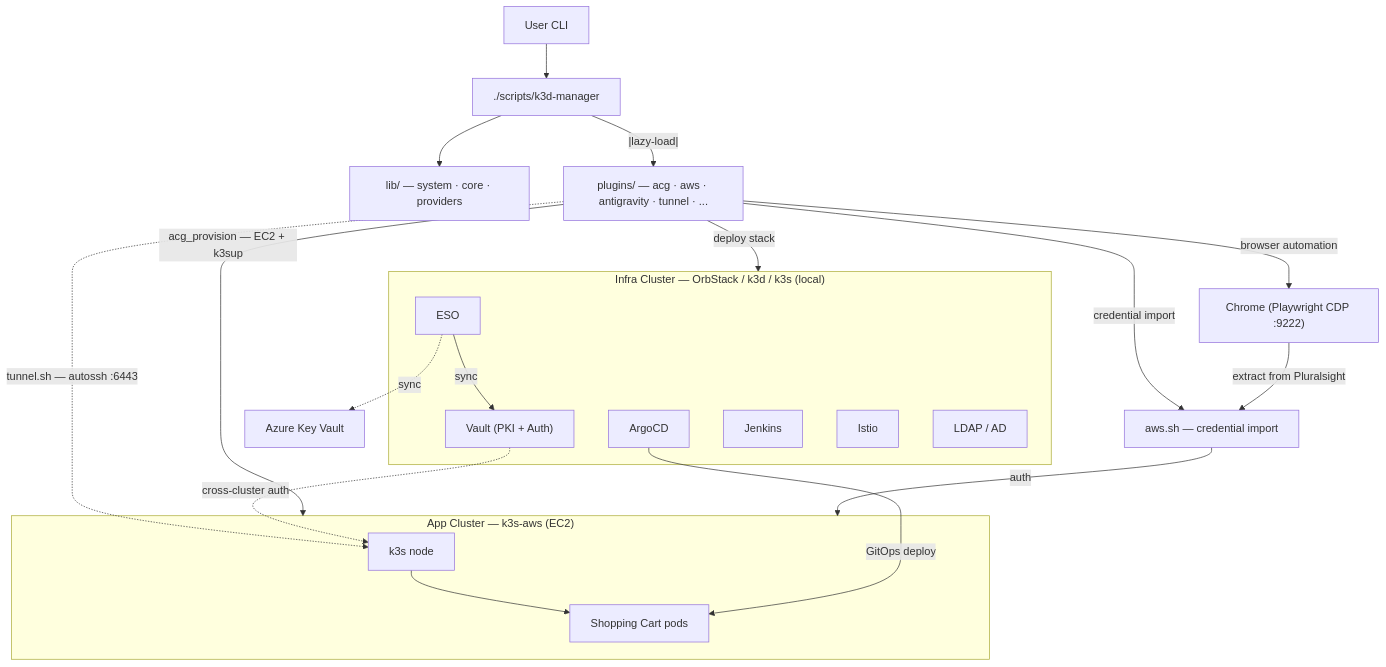
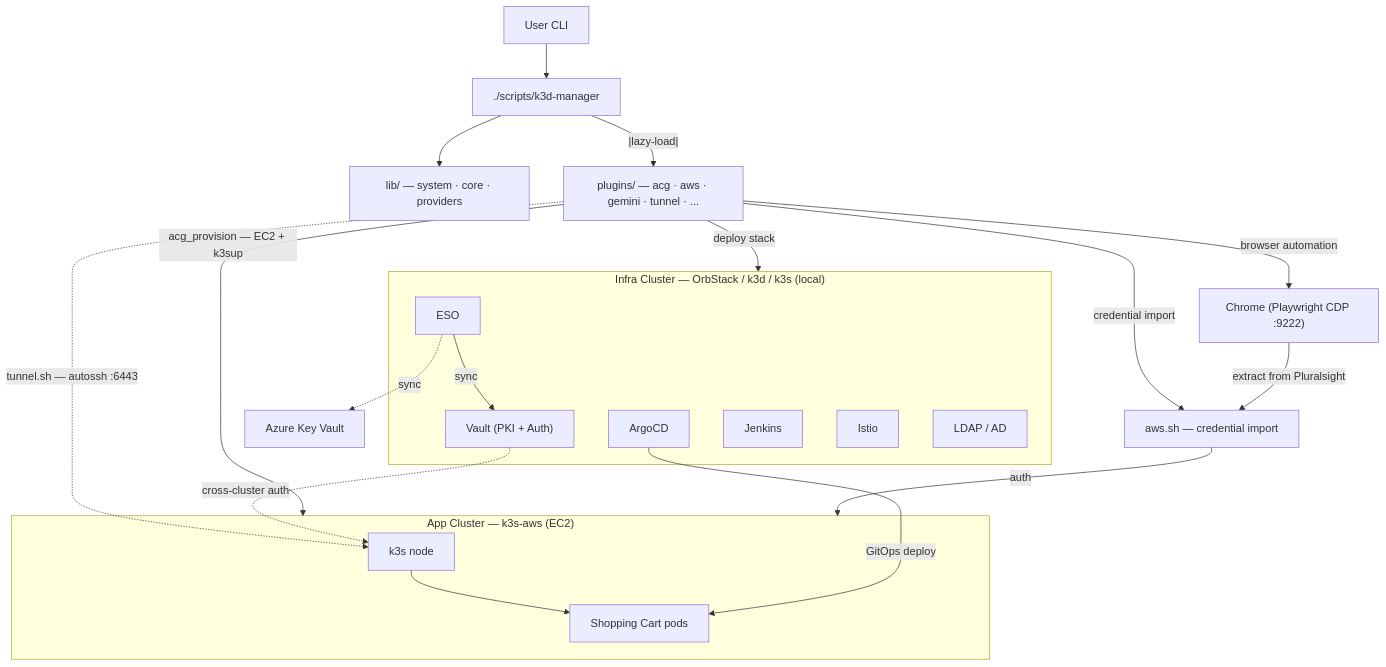
Before and after one commit to wilddog64/k3d-manager: the diagram in README.md, drawn with Mermaid. The commit also changed other lines of this file and 12 other files, not shown here.

Commit message:
refactor(gemini): rename antigravity plugin; antigravity_* → gemini_*

````diff
--- a/README.md
+++ b/README.md
@@ -125,36 +125,36 @@
 ```mermaid
 graph TD
   U[User CLI] --> KM[./scripts/k3d-manager]
   KM --> LIB["lib/ — system · core · providers"]
-  KM --|lazy-load|--> PLUG["plugins/ — acg · aws · antigravity · tunnel · ..."]
+  KM --|lazy-load|--> PLUG["plugins/ — acg · aws · gemini · tunnel · ..."]
 
   subgraph Infra ["Infra Cluster — OrbStack / k3d / k3s (local)"]
     VAULT["Vault (PKI + Auth)"]
     ESO[ESO]
     ARGOCD[ArgoCD]
     JENKINS[Jenkins]
     ISTIO[Istio]
     LDAP[LDAP / AD]
     ESO -->|sync| VAULT
   end
 
   subgraph AppCluster ["App Cluster — k3s-aws (EC2)"]
     K3S[k3s node]
     APPS[Shopping Cart pods]
     K3S --> APPS
   end
 
   ANTG["Chrome (Playwright CDP :9222)"]
   AWSC["aws.sh — credential import"]
 
   PLUG -->|deploy stack| Infra
   PLUG -->|acg_provision — EC2 + k3sup| AppCluster
   PLUG -->|browser automation| ANTG
   PLUG -->|credential import| AWSC
   ANTG -->|extract from Pluralsight| AWSC
   AWSC -->|auth| AppCluster
   PLUG -.->|tunnel.sh — autossh :6443| K3S
   ARGOCD -->|GitOps deploy| APPS
   VAULT -.->|cross-cluster auth| K3S
   ESO -.->|sync| AKV[Azure Key Vault]
 ```
````
